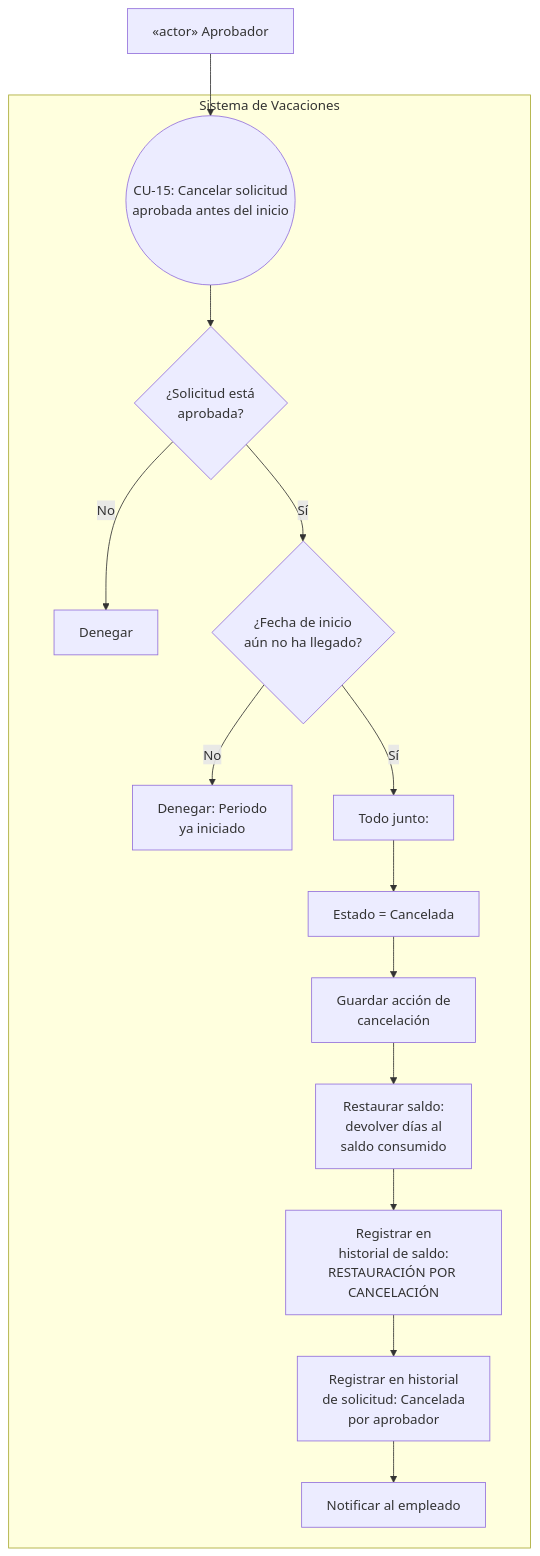
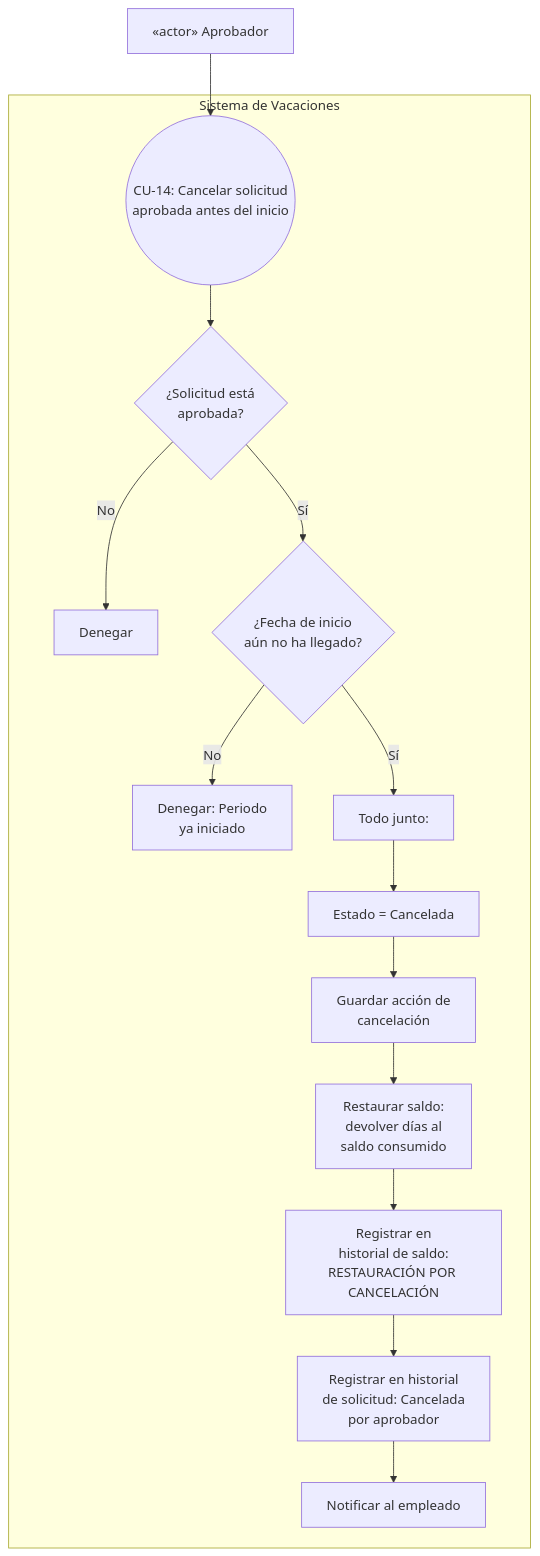
One commit to Oscar26-zs/Solicitud_de_Vacaciones changed diagram 14 of 19 in docs/use-case-diagrams.md. Above: the diagram before and after it, drawn with Mermaid. The commit also changed other lines of this file and 1 other file, not shown here.

````diff
--- a/docs/use-case-diagrams.md
+++ b/docs/use-case-diagrams.md
@@ -393,25 +372,25 @@
 ```mermaid
 graph TB
     subgraph S["Sistema de Vacaciones"]
-        CU15(("CU-15: Cancelar solicitud<br/>aprobada antes del inicio"))
+        CU14(("CU-14: Cancelar solicitud<br/>aprobada antes del inicio"))
         V1{¿Solicitud está<br/>aprobada?}
         V2[Denegar]
         V3{¿Fecha de inicio<br/>aún no ha llegado?}
         V4[Denegar: Periodo<br/>ya iniciado]
         T1[Todo junto:]
         T2[Estado = Cancelada]
         T3[Guardar acción de<br/>cancelación]
         T4[Restaurar saldo:<br/>devolver días al<br/>saldo consumido]
         T5[Registrar en<br/>historial de saldo:<br/>RESTAURACIÓN POR CANCELACIÓN]
         T6[Registrar en historial<br/>de solicitud: Cancelada<br/>por aprobador]
         T7[Notificar al empleado]
 
-        CU15 --> V1
+        CU14 --> V1
         V1 -->|No| V2
         V1 -->|Sí| V3
         V3 -->|No| V4
         V3 -->|Sí| T1
         T1 --> T2 --> T3 --> T4 --> T5 --> T6 --> T7
     end
-    Ap["«actor» Aprobador"] --> CU15
+    Ap["«actor» Aprobador"] --> CU14
 ```
````
